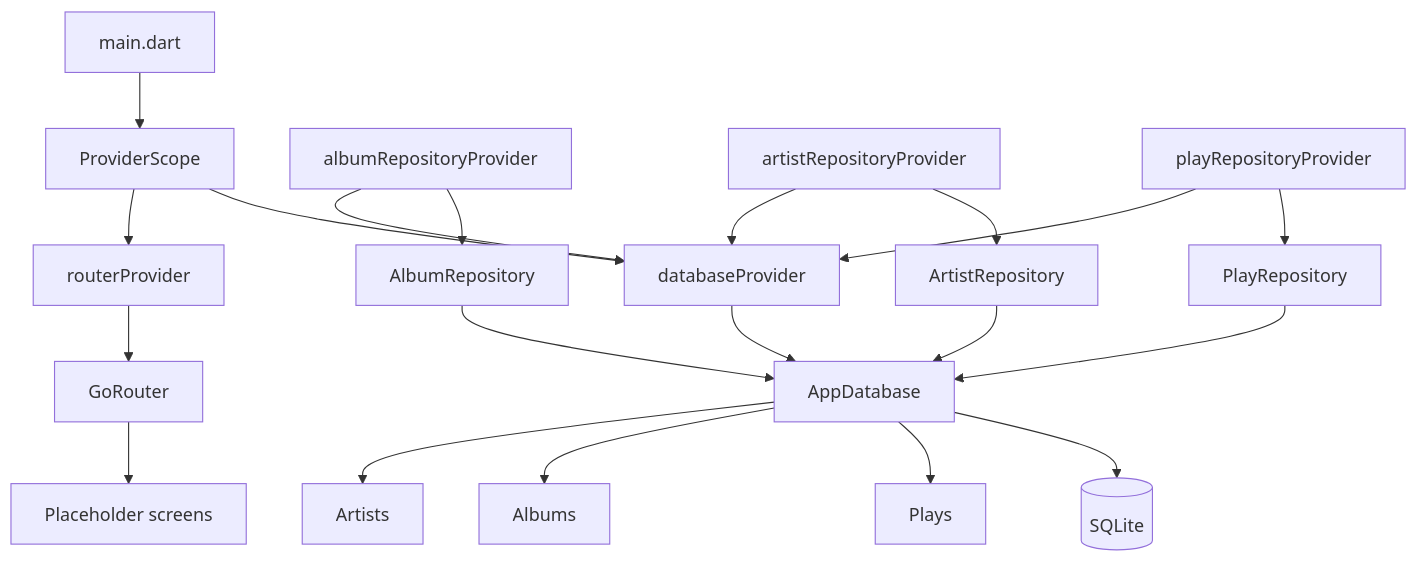
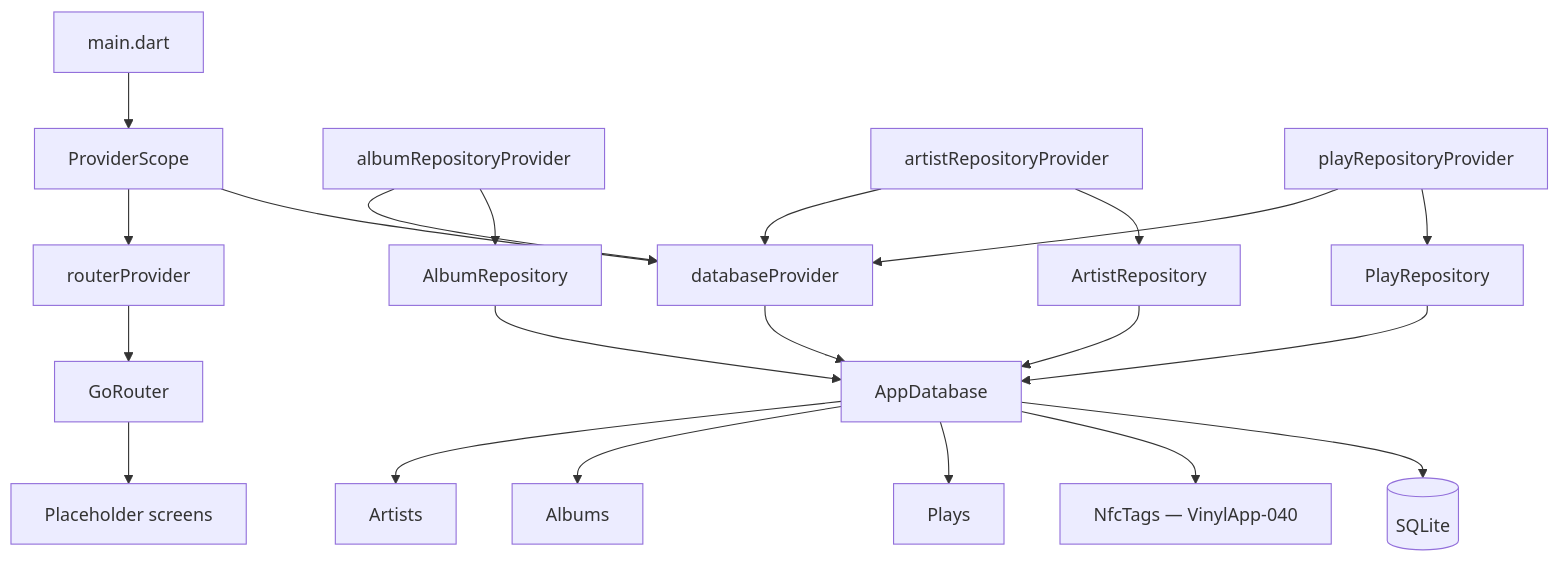
The first of 2 diagrams in README.md (hunter-goller/Groovefolio), drawn with Mermaid before and after one commit. The commit also changed other lines of this file and 20 other files, not shown here.

Commit message:
VinylApp-040 add nfc_tags schema v2 migration and tests (#24)

````diff
--- a/README.md
+++ b/README.md
@@ -97,40 +99,42 @@
 ```mermaid
 flowchart TD
     M[main.dart]
     PS[ProviderScope]
     RP[routerProvider]
     DP[databaseProvider]
     ARP[albumRepositoryProvider]
     AIP[artistRepositoryProvider]
     PRP[playRepositoryProvider]
     GR[GoRouter]
     Screens[Placeholder screens]
     AR[AlbumRepository]
     AIR[ArtistRepository]
     PR[PlayRepository]
     DB[AppDatabase]
     Artists[Artists]
     Albums[Albums]
     Plays[Plays]
+    NfcTags[NfcTags — VinylApp-040]
     SQLite[(SQLite)]
 
     M --> PS
     PS --> RP
     PS --> DP
     RP --> GR
     GR --> Screens
     ARP --> DP
     ARP --> AR
     AIP --> DP
     AIP --> AIR
     PRP --> DP
     PRP --> PR
     AR --> DB
     AIR --> DB
     PR --> DB
     DP --> DB
     DB --> Artists
     DB --> Albums
     DB --> Plays
+    DB --> NfcTags
     DB --> SQLite
 ```
````
